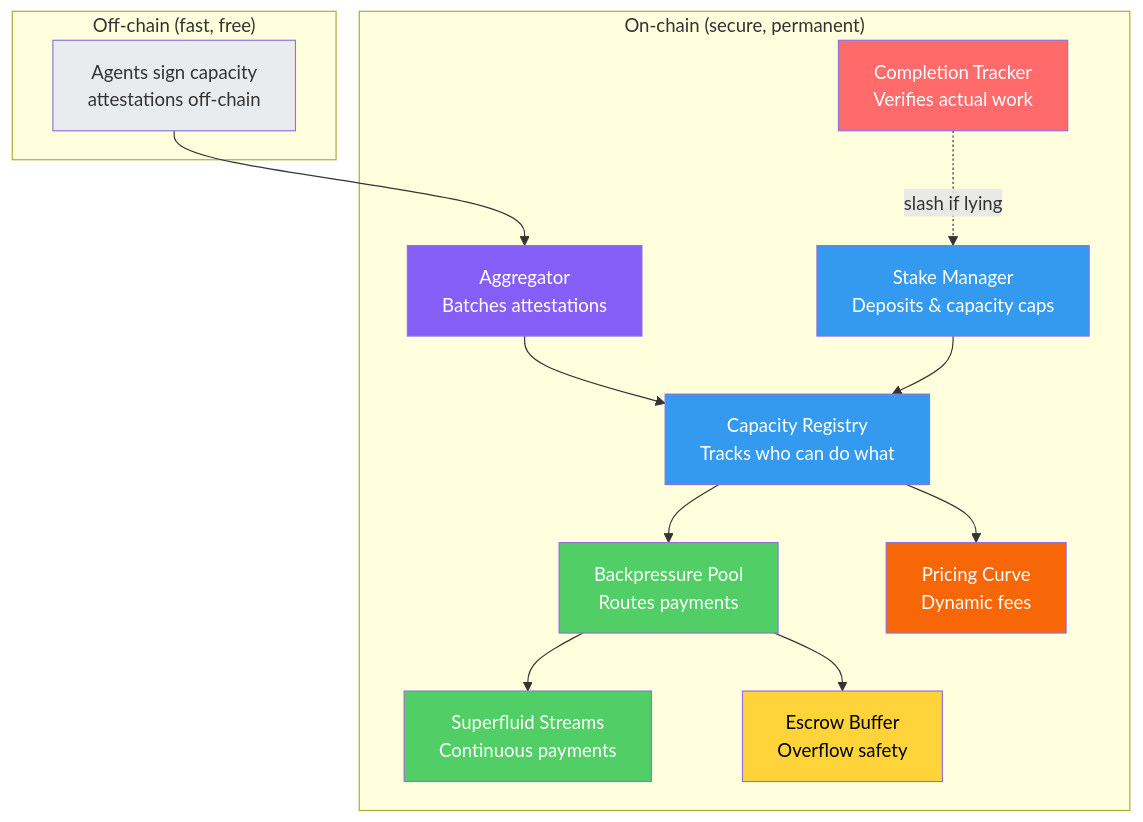
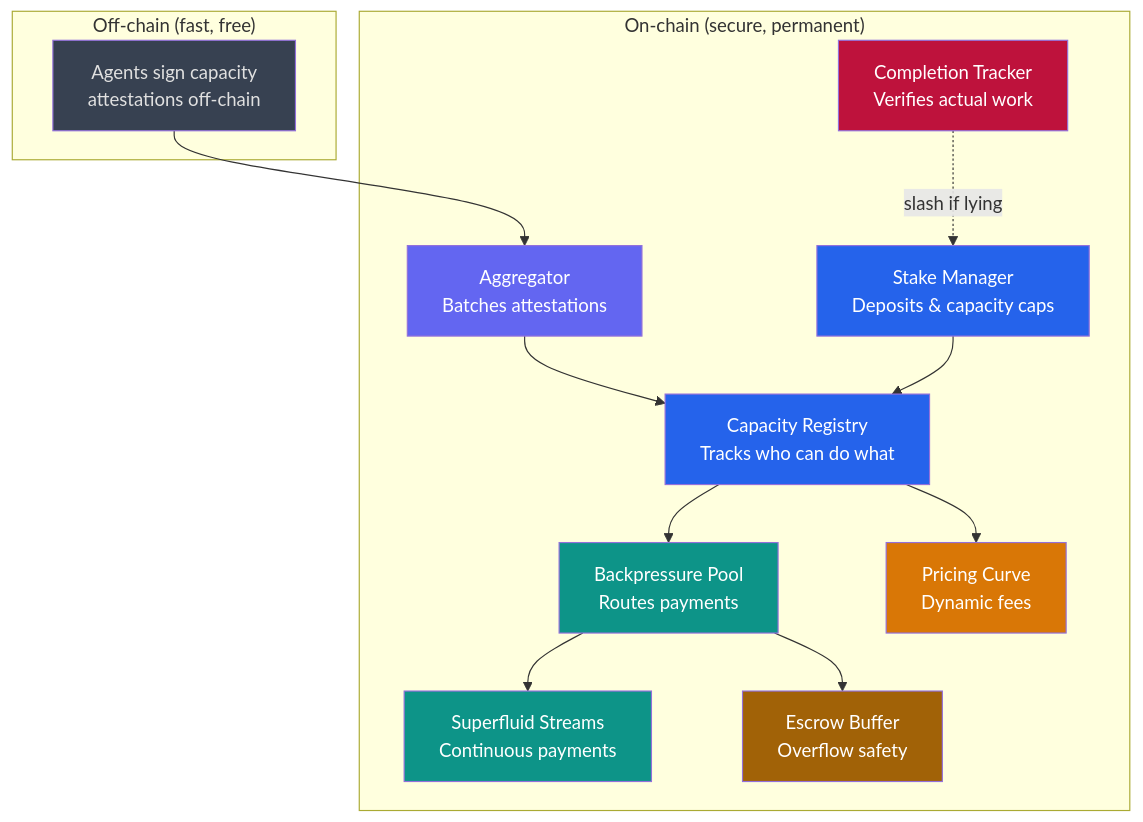
Before and after one commit to backproto/backproto: the ninth of 16 diagrams in website/explainer.md, drawn with Mermaid. The commit also changed other lines of this file and 7 other files, not shown here.

First line of the commit message:
refactor(explainer): modernize diagrams and polish text

````diff
--- a/website/explainer.md
+++ b/website/explainer.md
@@ -258,28 +257,28 @@
 ```mermaid
 graph TB
     subgraph "Off-chain (fast, free)"
         ATTEST["Agents sign capacity<br/>attestations off-chain"]
     end
 
     subgraph "On-chain (secure, permanent)"
         AGG["Aggregator<br/>Batches attestations"] --> REG["Capacity Registry<br/>Tracks who can do what"]
         SM["Stake Manager<br/>Deposits & capacity caps"] --> REG
         REG --> POOL["Backpressure Pool<br/>Routes payments"]
         REG --> PRICE["Pricing Curve<br/>Dynamic fees"]
         POOL --> GDA["Superfluid Streams<br/>Continuous payments"]
         POOL --> BUF["Escrow Buffer<br/>Overflow safety"]
         COMP["Completion Tracker<br/>Verifies actual work"] -.->|slash if lying| SM
     end
 
     ATTEST --> AGG
 
-    style ATTEST fill:#e9ecef
-    style AGG fill:#845ef7,color:#fff
-    style REG fill:#339af0,color:#fff
-    style SM fill:#339af0,color:#fff
-    style POOL fill:#51cf66,color:#fff
-    style PRICE fill:#f76707,color:#fff
-    style GDA fill:#51cf66,color:#fff
-    style BUF fill:#ffd43b,color:#000
-    style COMP fill:#ff6b6b,color:#fff
+    style ATTEST fill:#374151,color:#e0e0e0
+    style AGG fill:#6366f1,color:#fff
+    style REG fill:#2563eb,color:#fff
+    style SM fill:#2563eb,color:#fff
+    style POOL fill:#0d9488,color:#fff
+    style PRICE fill:#d97706,color:#fff
+    style GDA fill:#0d9488,color:#fff
+    style BUF fill:#a16207,color:#fff
+    style COMP fill:#be123c,color:#fff
 ```
````
